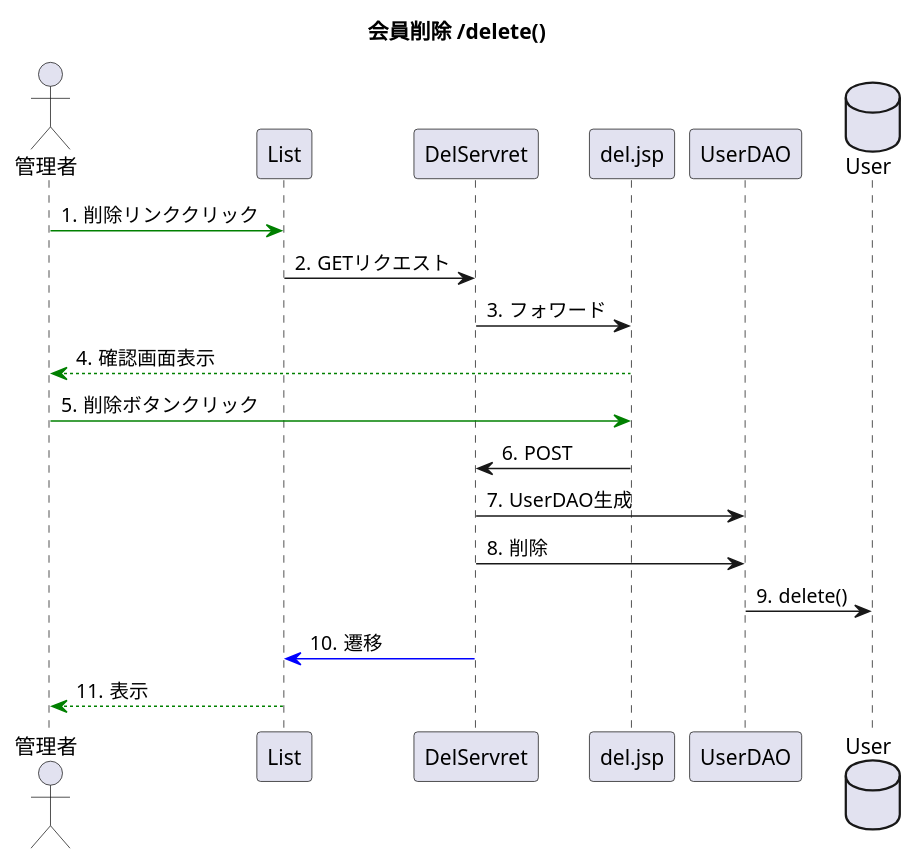
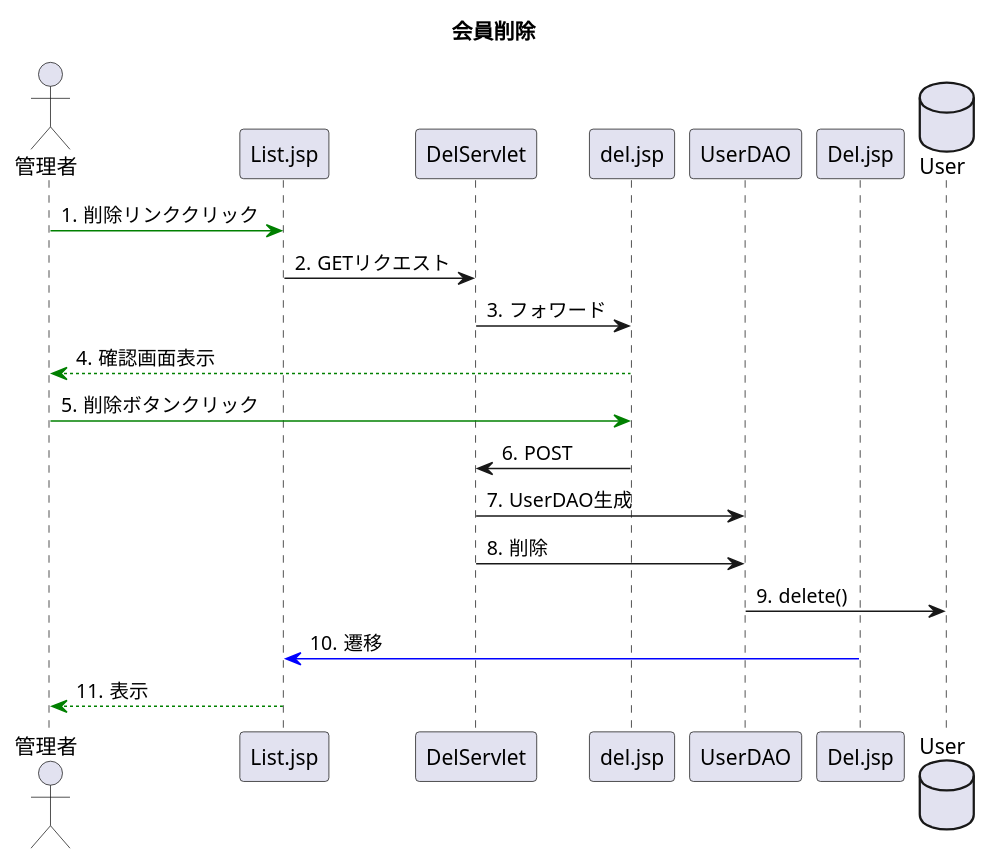
The diagram in uml_detail/seq_del.pu (toufu66/ProjectC), drawn with PlantUML before and after one commit. The commit also changed 1 other file, not shown here.

Commit message:
会員詳細シーケンス図詳細

```diff
--- a/uml_detail/seq_del.pu
+++ b/uml_detail/seq_del.pu
@@ -1,19 +1,19 @@
 @startuml
-title 会員削除 /delete()
+title 会員削除
 autonumber "#."
 actor 管理者
 database User
 
-管理者 -[#green]> List:削除リンククリック
-List ->DelServret:GETリクエスト
-DelServret -> del.jsp:フォワード
+管理者 -[#green]> List.jsp:削除リンククリック
+List.jsp ->DelServlet:GETリクエスト
+DelServlet -> del.jsp:フォワード
 del.jsp --[#green]> 管理者:確認画面表示
 管理者 -[#green]> del.jsp:削除ボタンクリック
-del.jsp -> DelServret:POST
-DelServret -> UserDAO:UserDAO生成
-DelServret -> UserDAO:削除
+del.jsp -> DelServlet:POST
+DelServlet -> UserDAO:UserDAO生成
+DelServlet -> UserDAO:削除
 UserDAO -> User:delete()
-DelServret-[#blue]> List:遷移
-List --[#green]> 管理者:表示
+Del.jsp-[#blue]> List.jsp:遷移
+List.jsp --[#green]> 管理者:表示
 database User
 @enduml
```
